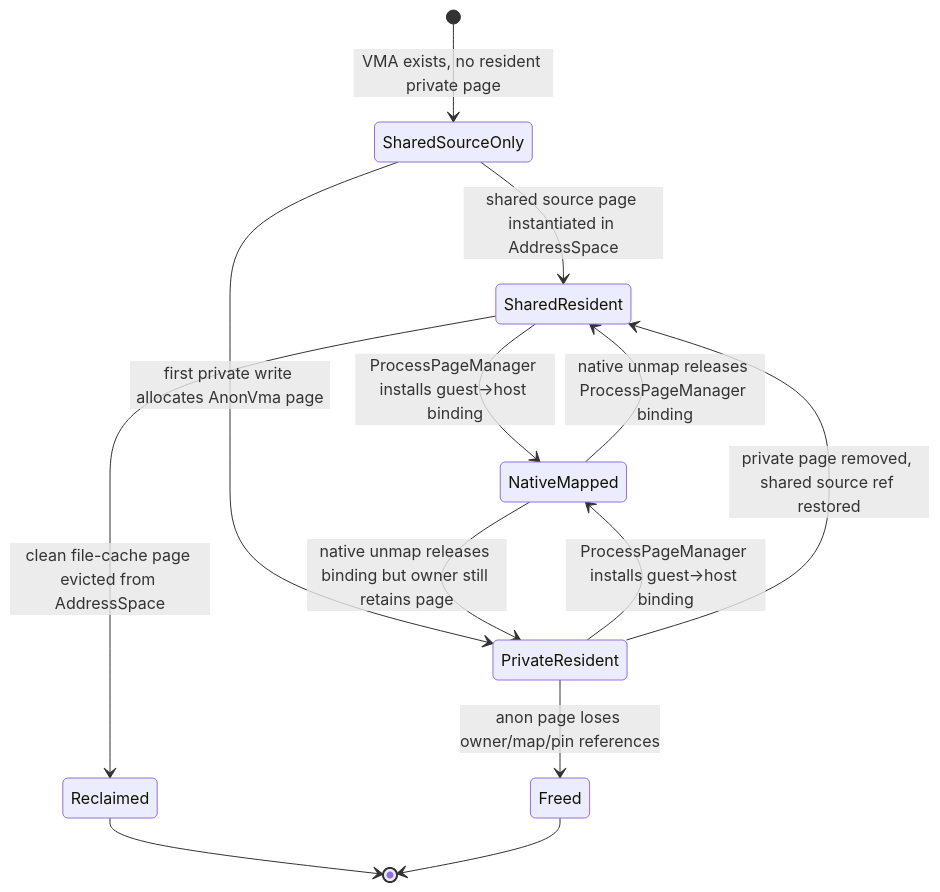
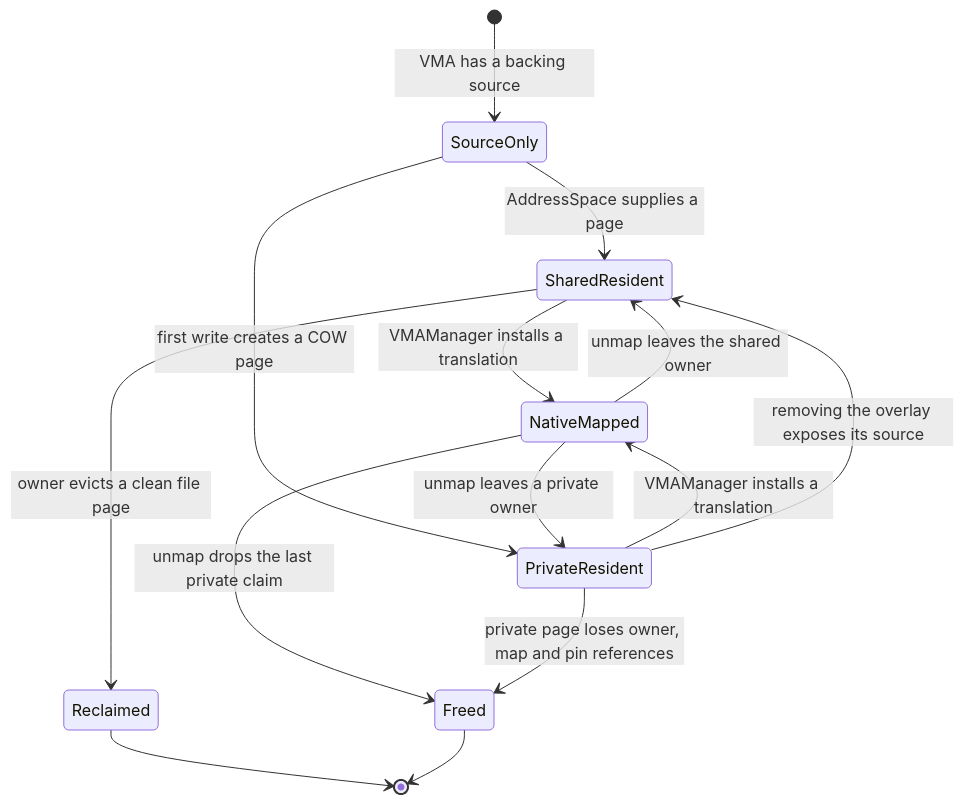
One commit to meokit/podish changed the second of 2 diagrams in docs/memory-management.md. Above: the diagram before and after it, drawn with Mermaid. The commit also changed other lines of this file and 13 other files, not shown here.

````diff
--- a/docs/memory-management.md
+++ b/docs/memory-management.md
@@ -435,15 +136,16 @@
 ```mermaid
 stateDiagram-v2
-    [*] --> SharedSourceOnly: VMA exists, no resident private page
-    SharedSourceOnly --> SharedResident: shared source page instantiated in AddressSpace
-    SharedSourceOnly --> PrivateResident: first private write allocates AnonVma page
-    SharedResident --> NativeMapped: ProcessPageManager installs guest->host binding
-    PrivateResident --> NativeMapped: ProcessPageManager installs guest->host binding
-    NativeMapped --> SharedResident: native unmap releases ProcessPageManager binding
-    NativeMapped --> PrivateResident: native unmap releases binding but owner still retains page
-    PrivateResident --> SharedResident: private page removed, shared source ref restored
-    SharedResident --> Reclaimed: clean file-cache page evicted from AddressSpace
-    PrivateResident --> Freed: anon page loses owner/map/pin references
+    [*] --> SourceOnly: VMA has a backing source
+    SourceOnly --> SharedResident: AddressSpace supplies a page
+    SourceOnly --> PrivateResident: first write creates a COW page
+    SharedResident --> NativeMapped: VMAManager installs a translation
+    PrivateResident --> NativeMapped: VMAManager installs a translation
+    NativeMapped --> SharedResident: unmap leaves the shared owner
+    NativeMapped --> PrivateResident: unmap leaves a private owner
+    NativeMapped --> Freed: unmap drops the last private claim
+    PrivateResident --> SharedResident: removing the overlay exposes its source
+    SharedResident --> Reclaimed: owner evicts a clean file page
+    PrivateResident --> Freed: private page loses owner, map and pin references
     Reclaimed --> [*]
     Freed --> [*]
 ```
````
